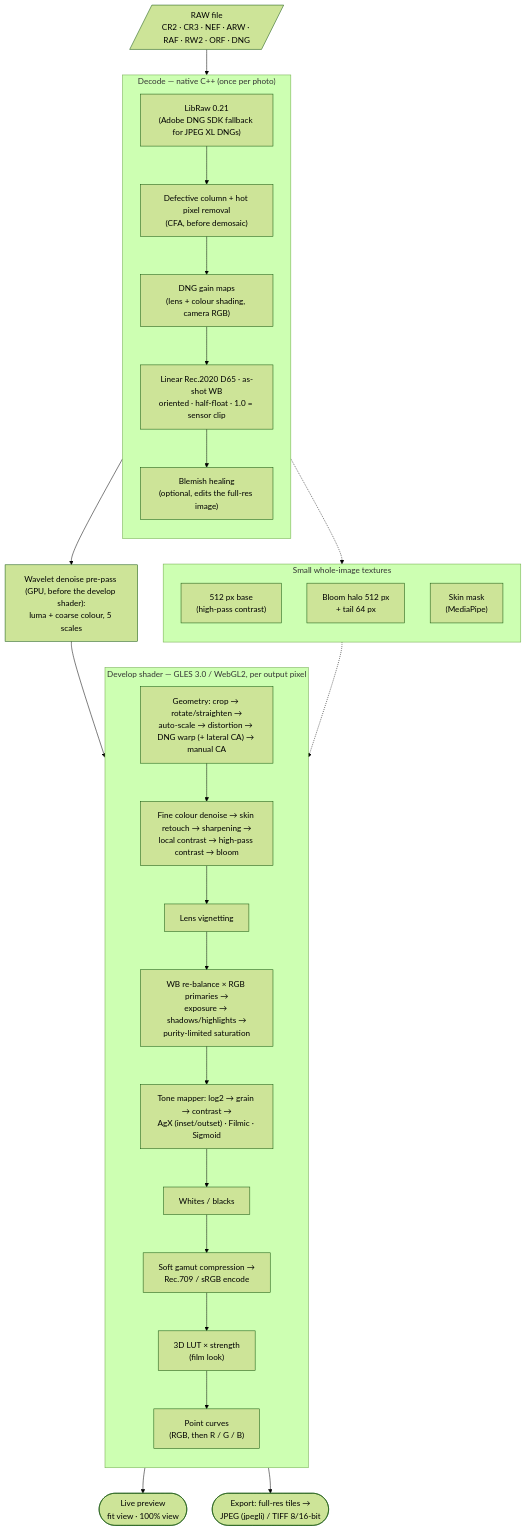
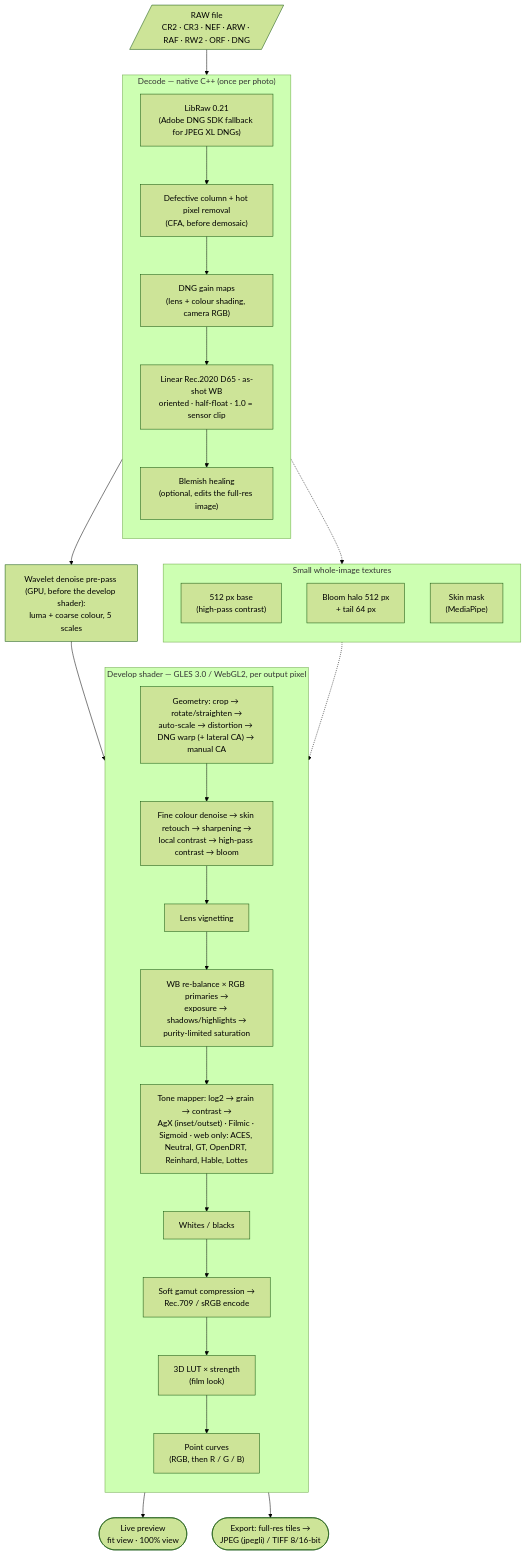
One commit to lexusag/RawBoy changed the diagram in docs/pipeline.md. Above: the diagram before and after it, drawn with Mermaid (forest theme). The commit also changed other lines of this file and 1 other file, not shown here.

Commit message:
Docs: describe the web-only tone mappers in rawboy.md and pipeline.md (#445)
Claude-Session: https://claude.ai/code/session_013djJnnmBwaEeViqiom9qHs

````diff
--- a/docs/pipeline.md
+++ b/docs/pipeline.md
@@ -3,44 +3,44 @@
 ```mermaid
 flowchart TD
     raw[/"RAW file<br/>CR2 · CR3 · NEF · ARW · RAF · RW2 · ORF · DNG"/]
 
     subgraph CPU["Decode — native C++ (once per photo)"]
         direction TB
         dec["LibRaw 0.21<br/>(Adobe DNG SDK fallback for JPEG XL DNGs)"]
         hot["Defective column + hot pixel removal<br/>(CFA, before demosaic)"]
         gain["DNG gain maps<br/>(lens + colour shading, camera RGB)"]
         lin["Linear Rec.2020 D65 · as-shot WB<br/>oriented · half-float · 1.0 = sensor clip"]
         blem["Blemish healing<br/>(optional, edits the full-res image)"]
         dec --> hot --> gain --> lin --> blem
     end
 
     subgraph AUX["Small whole-image textures"]
         direction TB
         base["512 px base<br/>(high-pass contrast)"]
         bloomTex["Bloom halo 512 px<br/>+ tail 64 px"]
         skin["Skin mask<br/>(MediaPipe)"]
     end
 
     subgraph GPU["Develop shader — GLES 3.0 / WebGL2, per output pixel"]
         direction TB
         geo["Geometry: crop → rotate/straighten →<br/>auto-scale → distortion → DNG warp (+ lateral CA) → manual CA"]
         spatial["Fine colour denoise → skin retouch → sharpening →<br/>local contrast → high-pass contrast → bloom"]
         vig["Lens vignetting"]
         light["WB re-balance × RGB primaries →<br/>exposure → shadows/highlights →<br/>purity-limited saturation"]
-        agx["Tone mapper: log2 → grain → contrast →<br/>AgX (inset/outset) · Filmic · Sigmoid"]
+        agx["Tone mapper: log2 → grain → contrast →<br/>AgX (inset/outset) · Filmic · Sigmoid · web only: ACES, Neutral, GT, OpenDRT, Reinhard, Hable, Lottes"]
         levels["Whites / blacks"]
         disp["Soft gamut compression →<br/>Rec.709 / sRGB encode"]
         lut["3D LUT × strength<br/>(film look)"]
         curves["Point curves<br/>(RGB, then R / G / B)"]
         geo --> spatial --> vig --> light --> agx --> levels --> disp --> lut --> curves
     end
 
     raw --> dec
     blem --> wav["Wavelet denoise pre-pass (GPU, before the develop shader):<br/>luma + coarse colour, 5 scales"]
     wav --> geo
     blem -.-> AUX
     AUX -.-> spatial
 
     curves --> preview(["Live preview<br/>fit view · 100% view"])
     curves --> export(["Export: full-res tiles →<br/>JPEG (jpegli) / TIFF 8/16-bit"])
 ```
````
